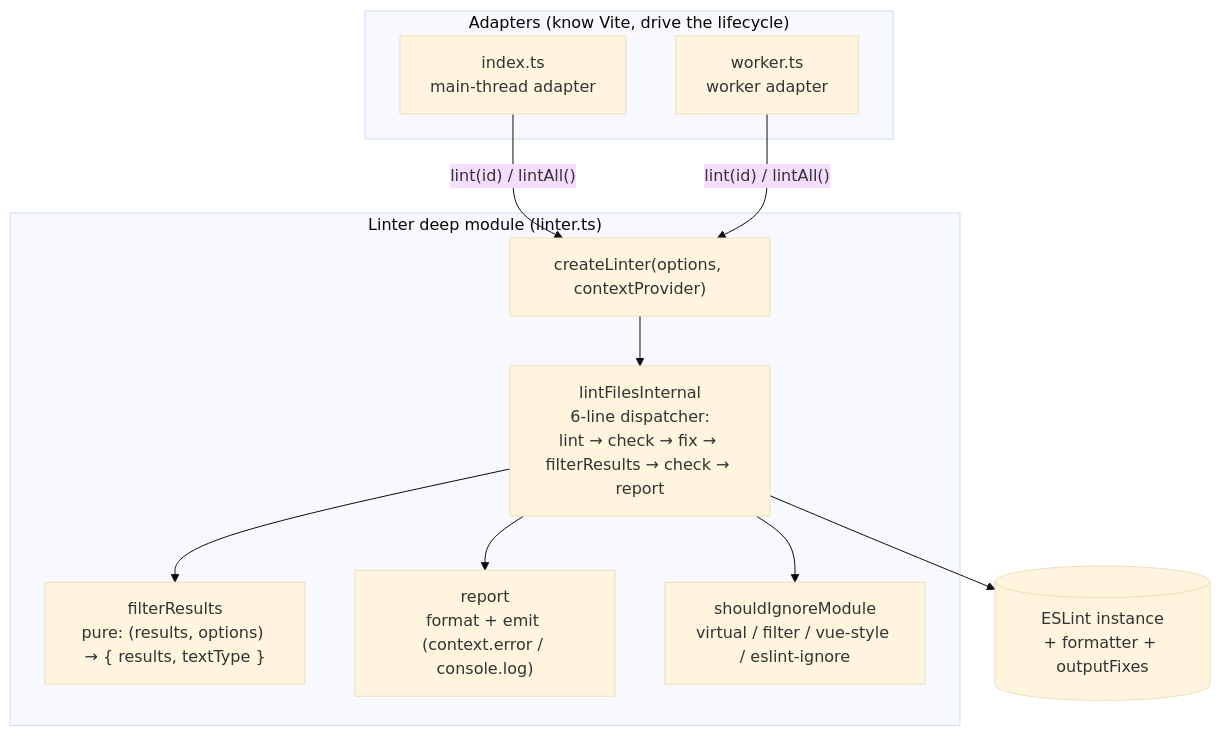
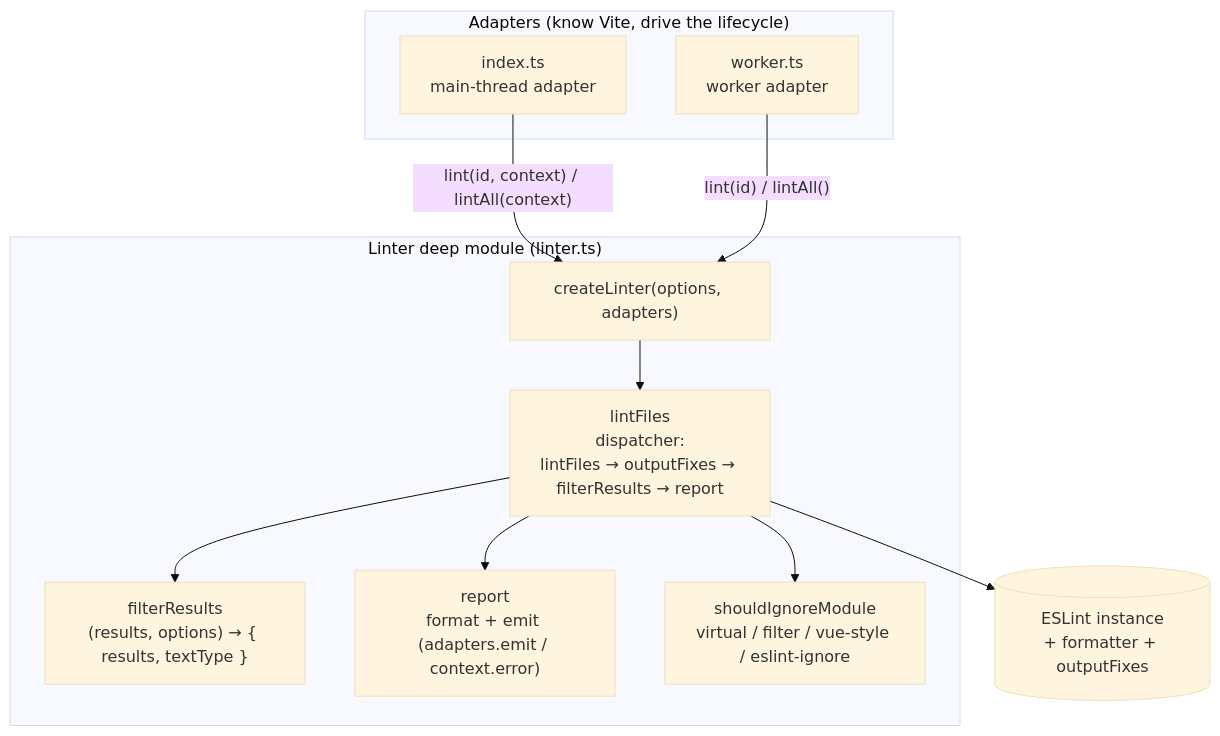
The diagram in CONTRIBUTING.md (ModyQyW/vite-plugin-eslint2), drawn with Mermaid (base theme) before and after one commit. The commit also changed other lines of this file and 6 other files, not shown here.

````diff
--- a/CONTRIBUTING.md
+++ b/CONTRIBUTING.md
@@ -59,25 +62,25 @@
 ```mermaid
 flowchart TD
   subgraph Adapters["Adapters (know Vite, drive the lifecycle)"]
     Index["index.ts<br/>main-thread adapter"]
     Worker["worker.ts<br/>worker adapter"]
   end
 
   subgraph Linter["Linter deep module (linter.ts)"]
-    CreateLinter["createLinter(options, contextProvider)"]
-    LintFiles["lintFilesInternal<br/>6-line dispatcher:<br/>lint → check → fix → filterResults → check → report"]
-    FilterResults["filterResults<br/>pure: (results, options) → { results, textType }"]
-    Report["report<br/>format + emit (context.error / console.log)"]
+    CreateLinter["createLinter(options, adapters)"]
+    LintFiles["lintFiles<br/>dispatcher:<br/>lintFiles → outputFixes → filterResults → report"]
+    FilterResults["filterResults<br/>(results, options) → { results, textType }"]
+    Report["report<br/>format + emit (adapters.emit / context.error)"]
     ShouldIgnore["shouldIgnoreModule<br/>virtual / filter / vue-style / eslint-ignore"]
   end
 
   ESLint[("ESLint instance<br/>+ formatter + outputFixes")]
 
-  Index -- "lint(id) / lintAll()" --> CreateLinter
+  Index -- "lint(id, context) / lintAll(context)" --> CreateLinter
   Worker -- "lint(id) / lintAll()" --> CreateLinter
   CreateLinter --> LintFiles
   LintFiles --> ShouldIgnore
   LintFiles --> FilterResults
   LintFiles --> Report
   LintFiles --> ESLint
 ```
````
